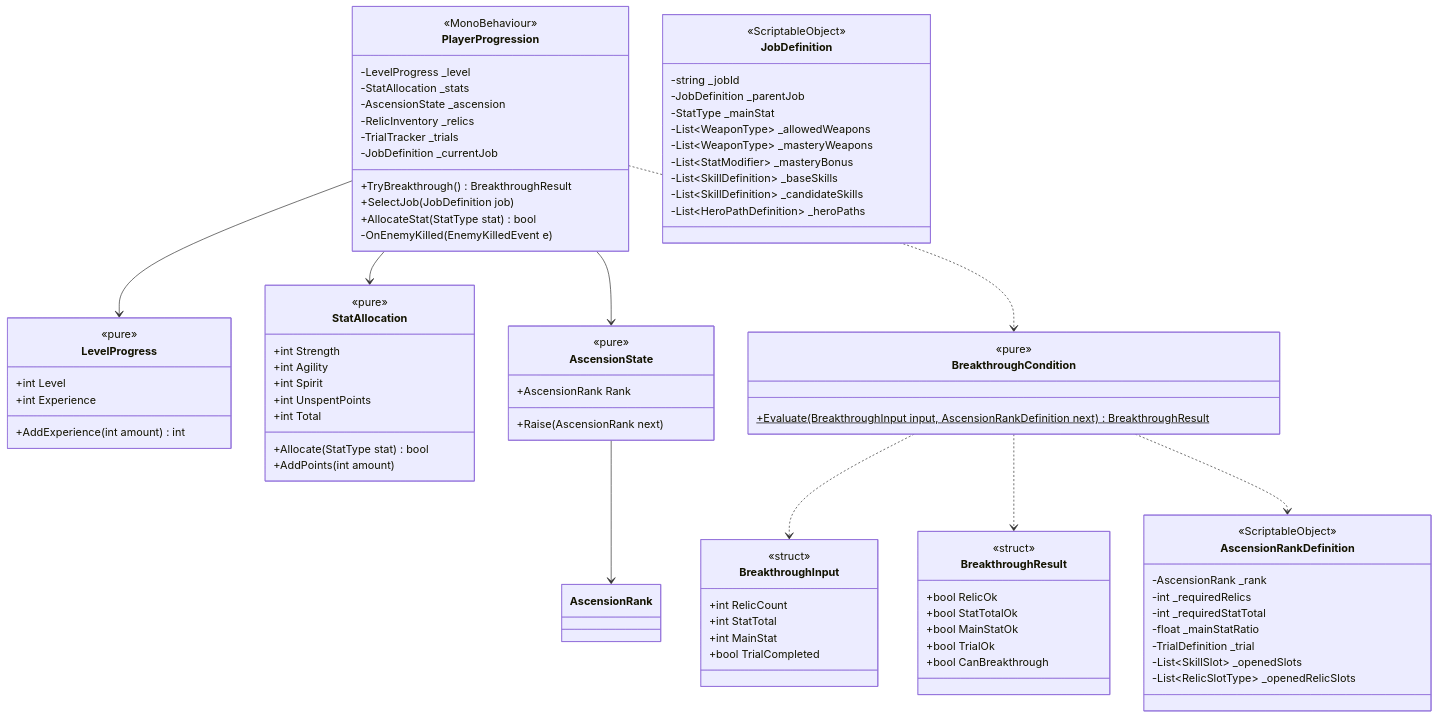
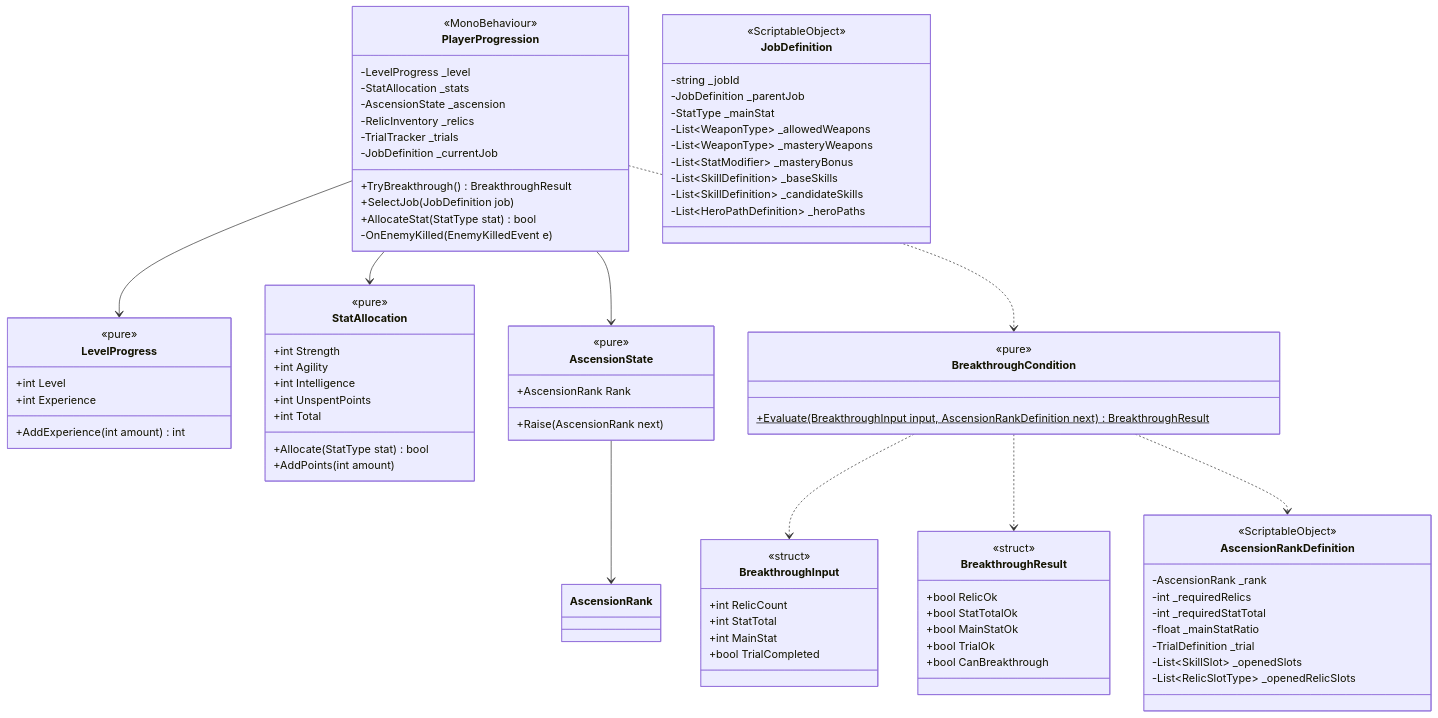
One commit to lwy0810/BROKEN-SOVEREIGN changed the seventh of 17 diagrams in Docs/ClassDiagram.md. Above: the diagram before and after it, drawn with Mermaid. The commit also changed other lines of this file and 2 other files, not shown here.

```diff
--- a/Docs/ClassDiagram.md
+++ b/Docs/ClassDiagram.md
@@ -614,7 +716,7 @@
         <<pure>>
         +int Strength
         +int Agility
-        +int Spirit
+        +int Intelligence
         +int UnspentPoints
         +int Total
         +Allocate(StatType stat) bool
```
